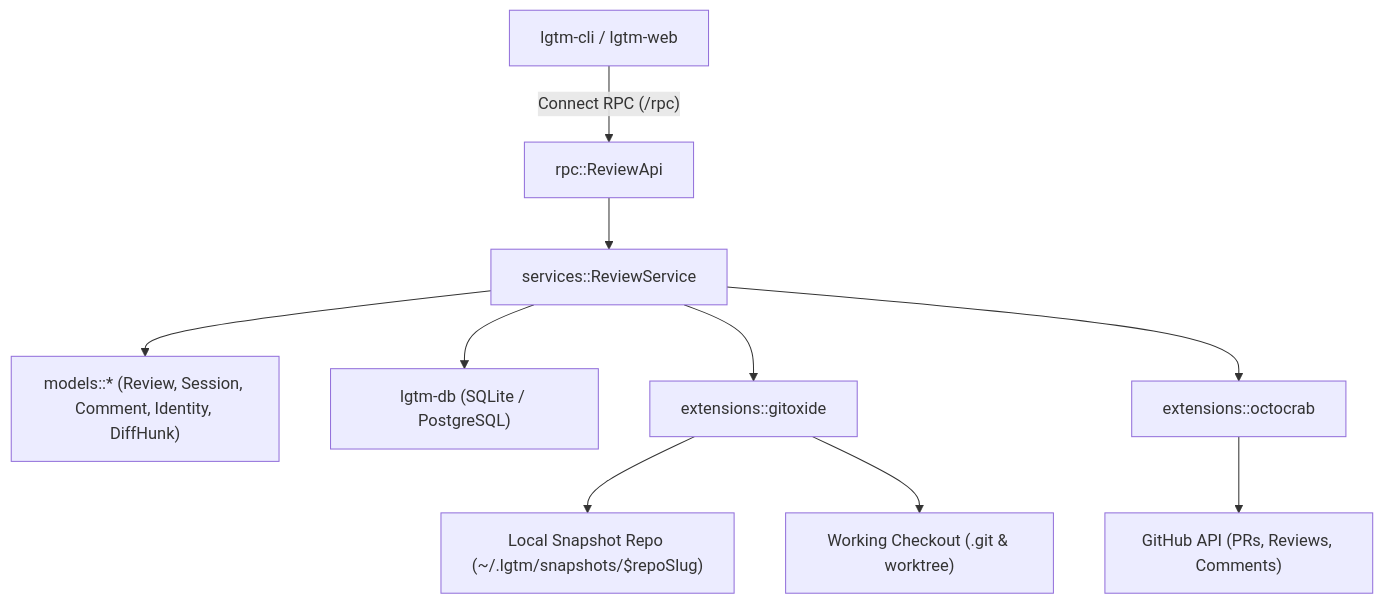
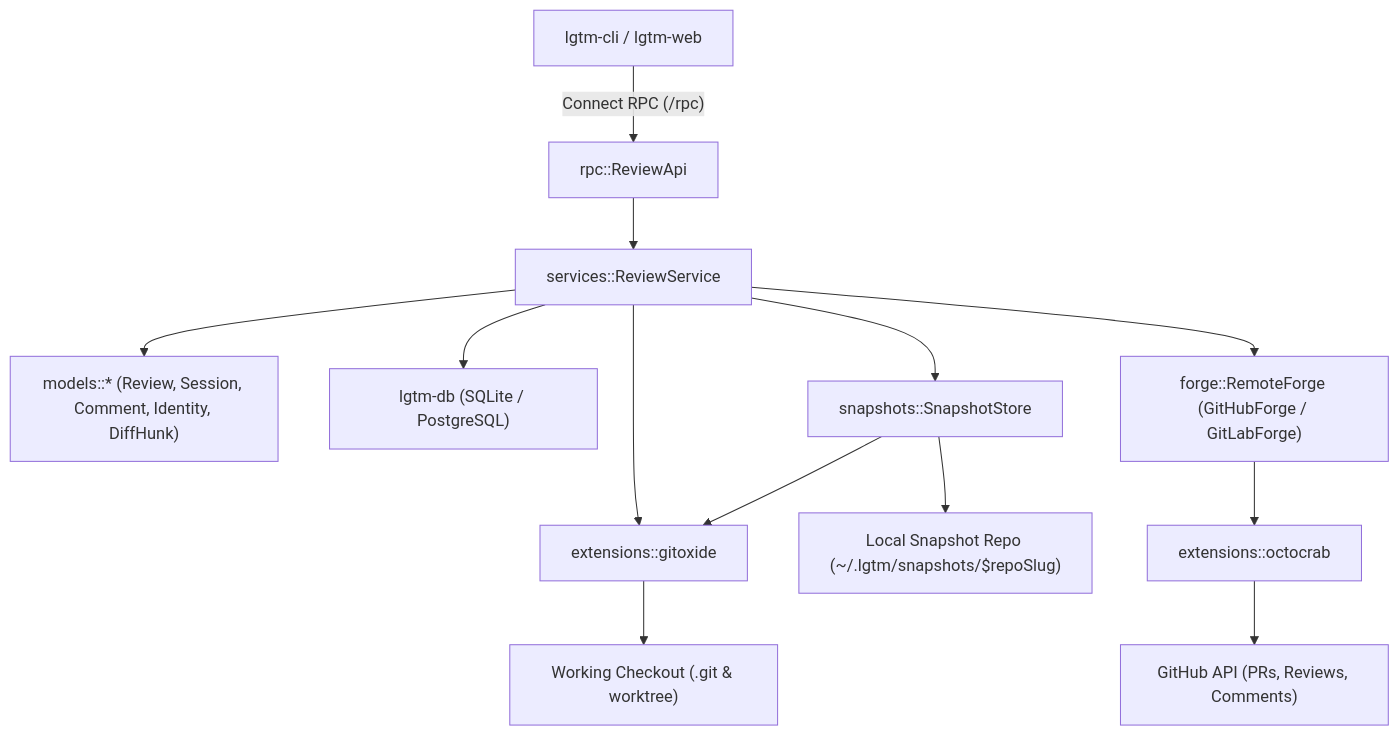
One commit to difflab-io/lgtm changed the first of 11 diagrams in docs/architecture/forge/index.md. Above: the diagram before and after it, drawn with Mermaid. The commit also changed other lines of this file and 20 other files, not shown here.

Commit message:
chore: rename backend doc and e2e dirs to forge and add git util TODOs

````diff
--- a/docs/architecture/forge/index.md
+++ b/docs/architecture/forge/index.md
@@ -237,12 +239,15 @@
 ```mermaid
 flowchart TD
     CLI["lgtm-cli / lgtm-web"] -->|"Connect RPC (/rpc)"| RPC["rpc::ReviewApi"]
     RPC --> SERVICE["services::ReviewService"]
     SERVICE --> MODELS["models::* (Review, Session, Comment, Identity, DiffHunk)"]
     SERVICE --> DB["lgtm-db (SQLite / PostgreSQL)"]
+    SERVICE --> SNAPSHOT_STORE["snapshots::SnapshotStore"]
     SERVICE --> GITOXIDE["extensions::gitoxide"]
-    SERVICE --> OCTOCRAB["extensions::octocrab"]
-    GITOXIDE --> SNAPSHOT["Local Snapshot Repo (~/.lgtm/snapshots/$repoSlug)"]
+    SERVICE --> REMOTE_FORGE["forge::RemoteForge (GitHubForge / GitLabForge)"]
+    SNAPSHOT_STORE --> GITOXIDE
+    SNAPSHOT_STORE --> SNAPSHOT["Local Snapshot Repo (~/.lgtm/snapshots/$repoSlug)"]
     GITOXIDE --> CHECKOUT["Working Checkout (.git & worktree)"]
+    REMOTE_FORGE --> OCTOCRAB["extensions::octocrab"]
     OCTOCRAB --> GITHUB["GitHub API (PRs, Reviews, Comments)"]
 ```
````
